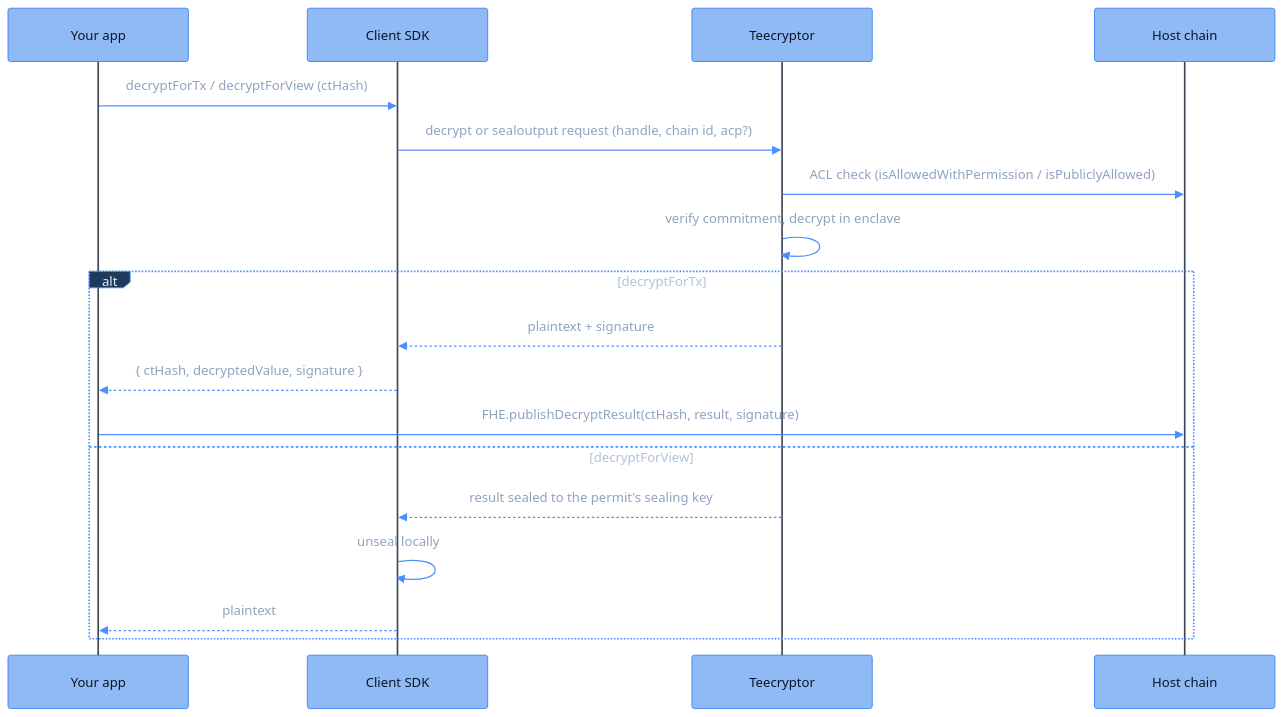
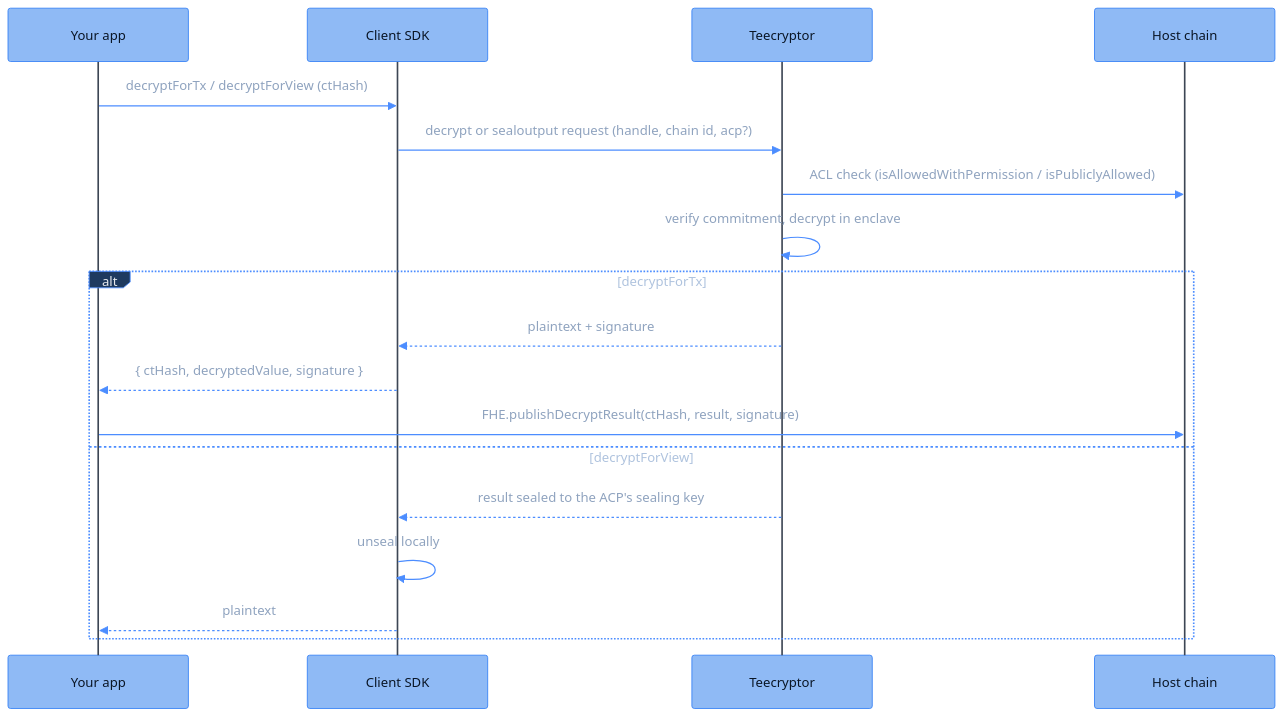
One commit to FhenixProtocol/fhenix-developer-docs changed the diagram in deep-dive/data-flows/decryption-request-flow.mdx. Above: the diagram before and after it, drawn with Mermaid. The commit also changed other lines of this file and 3 other files, not shown here.

Commit message:
[DOCS] deep-dive: ACP replaces permit in prose, API names keep their spelling

````diff
--- a/deep-dive/data-flows/decryption-request-flow.mdx
+++ b/deep-dive/data-flows/decryption-request-flow.mdx
@@ -91,22 +91,22 @@
 ```mermaid
 %%{init: {"theme": "base", "themeVariables": {"fontFamily": "Menlo, Monaco, Consolas, monospace", "fontSize": "16px", "primaryColor": "#8FBAF5", "primaryBorderColor": "#2E7CF6", "primaryTextColor": "#0A1626", "lineColor": "#4C8DFF", "signalColor": "#4C8DFF", "signalTextColor": "#8FA3BF", "actorBkg": "#8FBAF5", "actorBorder": "#2E7CF6", "actorTextColor": "#0A1626", "actorLineColor": "#3D4654", "noteBkgColor": "#14171C", "noteBorderColor": "#3D4654", "noteTextColor": "#AFC3DE", "activationBkgColor": "#1E3A5F", "activationBorderColor": "#4C8DFF", "clusterBkg": "#14171C", "clusterBorder": "#3D4654", "titleColor": "#E7EAEE", "edgeLabelBackground": "#8FBAF5", "textColor": "#AFC3DE", "labelTextColor": "#E7EAEE", "tertiaryColor": "#14171C", "loopTextColor": "#AFC3DE", "labelBoxBkgColor": "#1E3A5F", "labelBoxBorderColor": "#4C8DFF"}, "sequence": {"actorFontFamily": "Menlo, Monaco, Consolas, monospace", "messageFontFamily": "Menlo, Monaco, Consolas, monospace", "noteFontFamily": "Menlo, Monaco, Consolas, monospace", "width": 220, "actorFontSize": 16, "messageFontSize": 16, "noteFontSize": 15}}}%%
 sequenceDiagram
     participant App as Your app
     participant SDK as Client SDK
     participant Teecryptor
     participant Chain as Host chain
 
     App->>SDK: decryptForTx / decryptForView (ctHash)
     SDK->>Teecryptor: decrypt or sealoutput request (handle, chain id, acp?)
     Teecryptor->>Chain: ACL check (isAllowedWithPermission / isPubliclyAllowed)
     Teecryptor->>Teecryptor: verify commitment, decrypt in enclave
     alt decryptForTx
         Teecryptor-->>SDK: plaintext + signature
         SDK-->>App: { ctHash, decryptedValue, signature }
         App->>Chain: FHE.publishDecryptResult(ctHash, result, signature)
     else decryptForView
-        Teecryptor-->>SDK: result sealed to the permit's sealing key
+        Teecryptor-->>SDK: result sealed to the ACP's sealing key
         SDK->>SDK: unseal locally
         SDK-->>App: plaintext
     end
 ```
````
